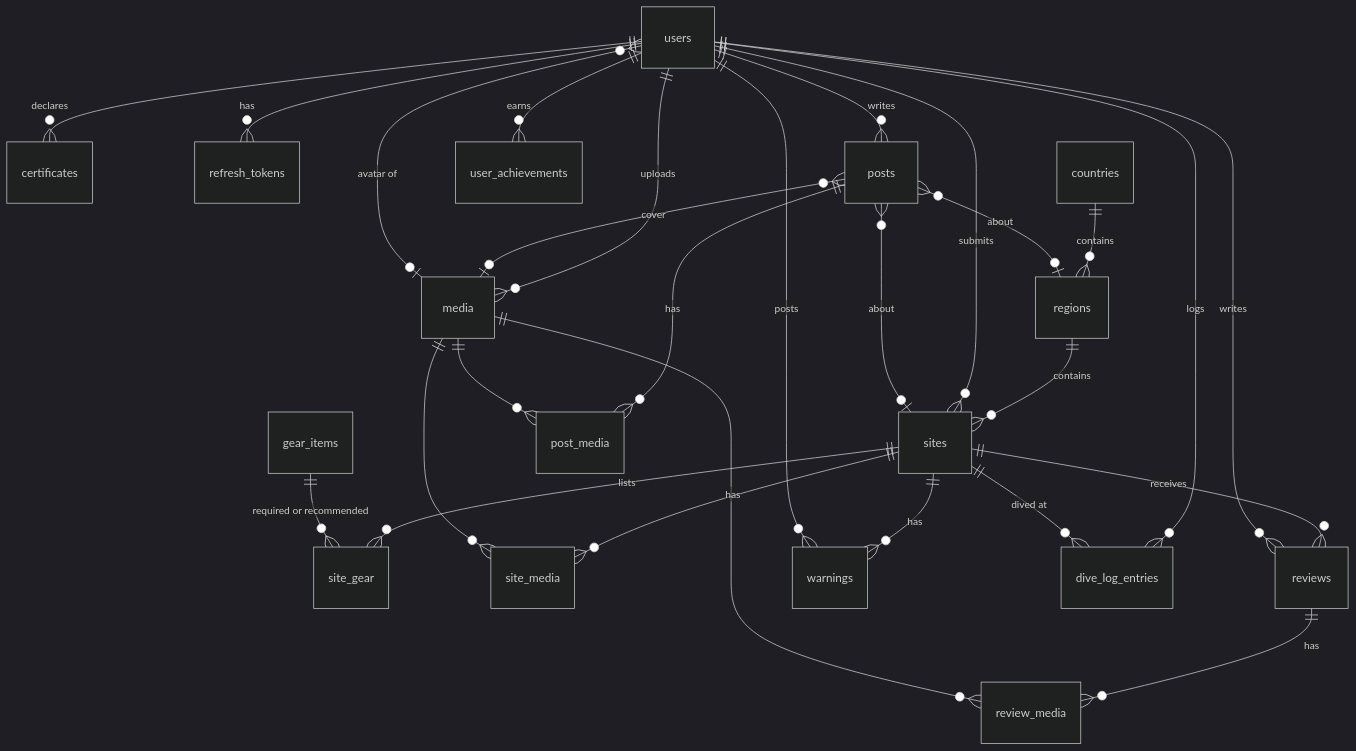
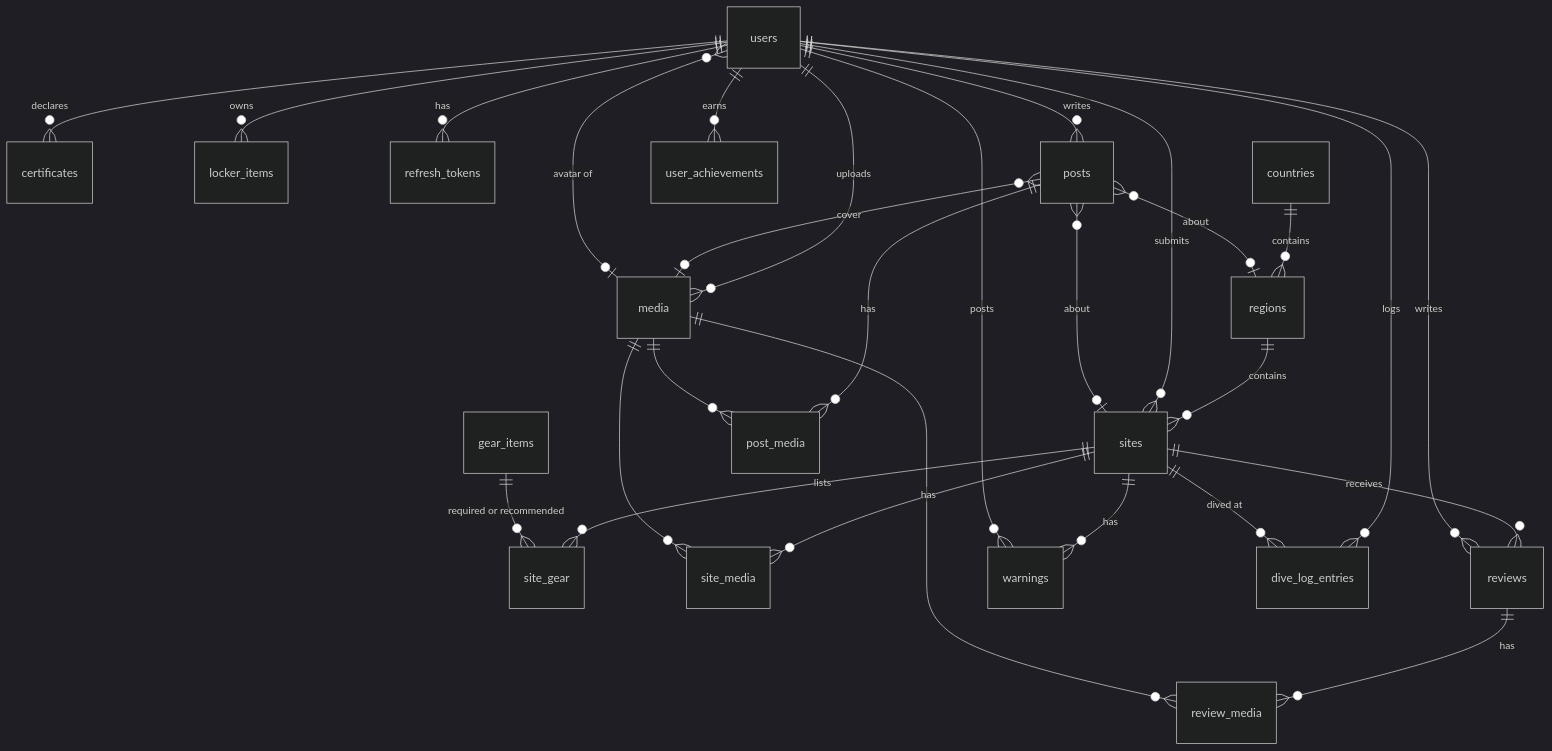
One commit to otipz19/naukma-divenet changed the second of 2 diagrams in docs/ARCHITECTURE.md. Above: the diagram before and after it, drawn with Mermaid (dark theme). The commit also changed other lines of this file and 26 other files, not shown here.

````diff
--- a/docs/ARCHITECTURE.md
+++ b/docs/ARCHITECTURE.md
@@ -132,29 +132,30 @@
 ```mermaid
 erDiagram
   users ||--o{ certificates : declares
+  users ||--o{ locker_items : owns
   media |o--o{ users : "avatar of"
   users ||--o{ refresh_tokens : has
   countries ||--o{ regions : contains
   regions ||--o{ sites : contains
   sites ||--o{ site_gear : lists
   gear_items ||--o{ site_gear : "required or recommended"
   users ||--o{ sites : submits
   users ||--o{ media : uploads
   sites ||--o{ site_media : has
   sites ||--o{ reviews : receives
   users ||--o{ reviews : writes
   reviews ||--o{ review_media : has
   sites ||--o{ warnings : has
   users ||--o{ warnings : posts
   users ||--o{ dive_log_entries : logs
   sites ||--o{ dive_log_entries : "dived at"
   users ||--o{ user_achievements : earns
   users ||--o{ posts : writes
   posts }o--o| sites : "about"
   posts }o--o| regions : "about"
   posts ||--o{ post_media : has
   posts }o--o| media : cover
   media ||--o{ site_media : ""
   media ||--o{ review_media : ""
   media ||--o{ post_media : ""
 ```
````
